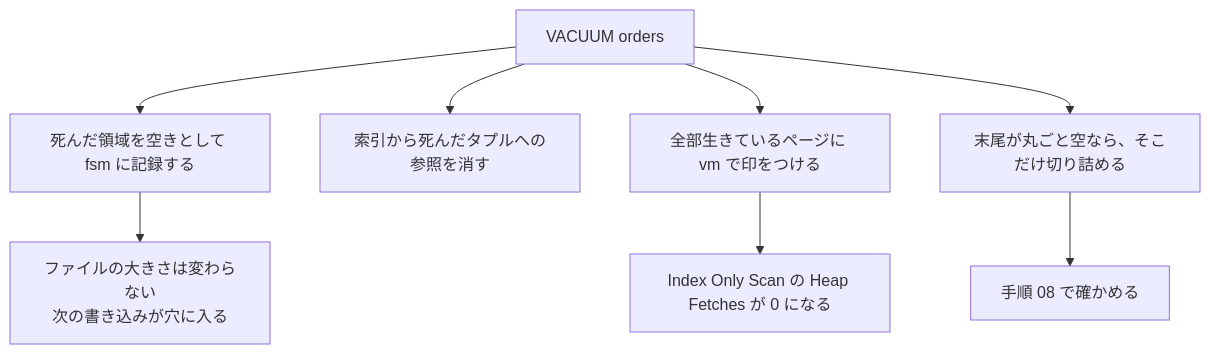
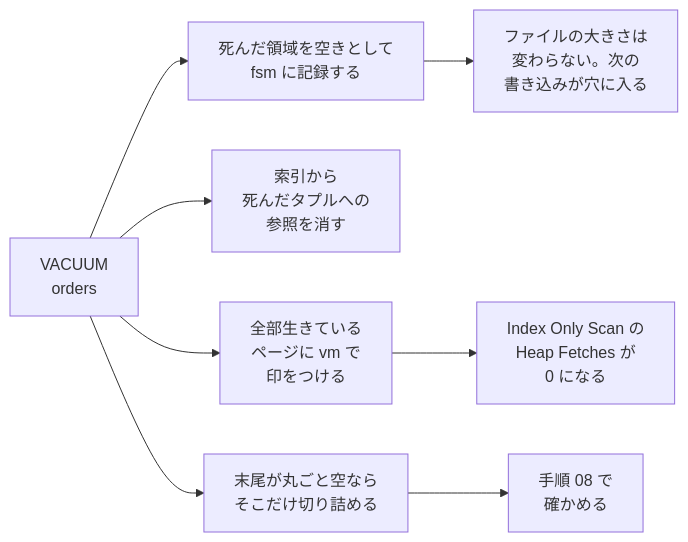
The third of 4 diagrams in apps/web/src/content/labs/vacuum-and-bloat.mdx (Fukuemon/fukuemon.dev), drawn with Mermaid before and after one commit.

Commit message:
fix(content): VACUUM の図を横に流し、狭い画面で文字が縮みすぎないようにする
縦に 4 つへ分かれる図は幅が 1232px あり、500px の画面で文字が 6px 前後まで縮んでいた。横に流してラベルを折り返し、幅を 598px にする。

````diff
--- a/apps/web/src/content/labs/vacuum-and-bloat.mdx
+++ b/apps/web/src/content/labs/vacuum-and-bloat.mdx
@@ -288,11 +288,11 @@
 ```mermaid
-flowchart TD
-  V["VACUUM orders"]
-  V --> A["死んだ領域を空きとして fsm に記録する"]
-  V --> B["索引から死んだタプルへの参照を消す"]
-  V --> C["全部生きているページに vm で印をつける"]
-  V --> D["末尾が丸ごと空なら、そこだけ切り詰める"]
-  A --> R["ファイルの大きさは変わらない<br/>次の書き込みが穴に入る"]
-  C --> S["Index Only Scan の Heap Fetches が 0 になる"]
-  D --> T["手順 08 で確かめる"]
+flowchart LR
+  V["VACUUM<br/>orders"]
+  V --> A["死んだ領域を空きとして<br/>fsm に記録する"]
+  V --> B["索引から<br/>死んだタプルへの<br/>参照を消す"]
+  V --> C["全部生きている<br/>ページに vm で<br/>印をつける"]
+  V --> D["末尾が丸ごと空なら<br/>そこだけ切り詰める"]
+  A --> R["ファイルの大きさは<br/>変わらない。次の<br/>書き込みが穴に入る"]
+  C --> S["Index Only Scan の<br/>Heap Fetches が<br/>0 になる"]
+  D --> T["手順 08 で<br/>確かめる"]
 ```
````
